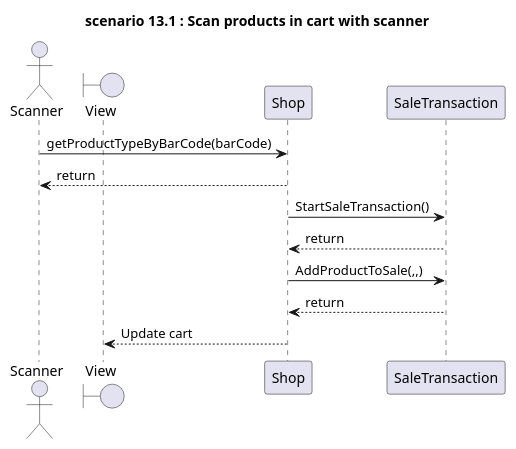
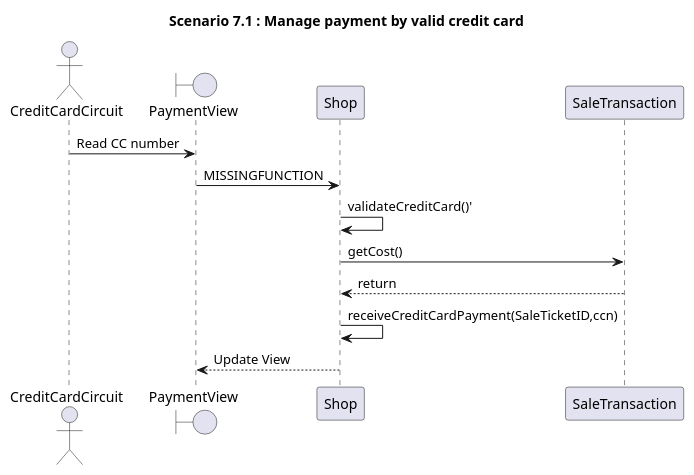
One commit to zitabou/EZShop changed diagram 12 of 15 in Deliverables/DesignDocument.md. Above: the diagram before and after it, drawn with PlantUML. The commit also changed other lines of this file, not shown here.

Commit message:
Sequence diagramas for scenarios 6.x 7.x

````diff
--- a/Deliverables/DesignDocument.md
+++ b/Deliverables/DesignDocument.md
@@ -348,16 +671,25 @@
 ```plantuml
 
 title
-**scenario 13.1** : Scan products in cart with scanner
+**Scenario 7.1** : Manage payment by valid credit card
 end title
 
-actor Scanner
-Boundary View
-Scanner -> Shop: getProductTypeByBarCode(barCode) 
-Shop --> Scanner: return
-Shop -> SaleTransaction: StartSaleTransaction()
+'Actors
+actor CreditCardCircuit
+'Boundaries
+boundary PaymentView
+
+''''
+'Sequence
+'''''
+'Read credit card number
+CreditCardCircuit -> PaymentView: Read CC number
+PaymentView -> Shop : MISSINGFUNCTION
+'MISSINGFUNCTION validateCreditCard()
+Shop -> Shop: validateCreditCard()'
+Shop -> SaleTransaction: getCost()
 SaleTransaction --> Shop: return
-Shop -> SaleTransaction: AddProductToSale(,,)
-SaleTransaction--> Shop: return
-Shop --> View: Update cart
+Shop -> Shop: receiveCreditCardPayment(SaleTicketID,ccn)
+Shop --> PaymentView: Update View
+
 ```
````
